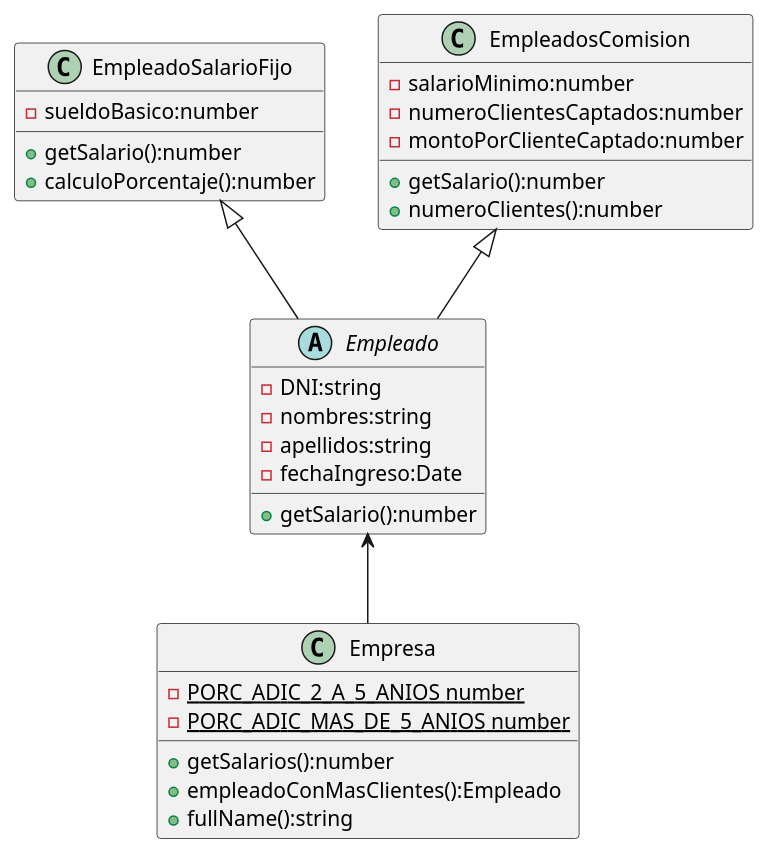
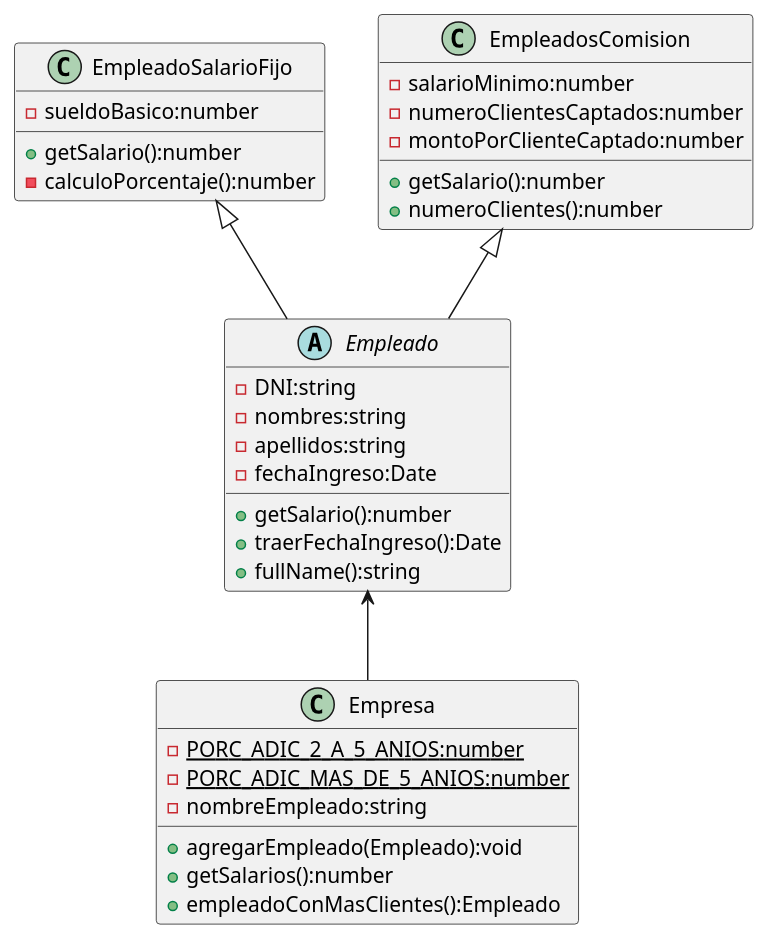
The diagram in PolimorfismoUML/Empleados.puml (wilmansirit/UMLs), drawn with PlantUML before and after one commit. The commit also changed 1 other file, not shown here.

Commit message:
Fin del ejercicio de Polimorfismo con la actualiacion del diagrama UML

```diff
--- a/PolimorfismoUML/Empleados.puml
+++ b/PolimorfismoUML/Empleados.puml
@@ -1,47 +1,46 @@
 @startuml "Empleados"
 
 class Empresa {
-    {static} - PORC_ADIC_2_A_5_ANIOS number
-    {static} - PORC_ADIC_MAS_DE_5_ANIOS number
-    
+    {static} - PORC_ADIC_2_A_5_ANIOS:number
+    {static} - PORC_ADIC_MAS_DE_5_ANIOS:number
+    - nombreEmpleado:string
 
+    + agregarEmpleado(Empleado):void
     + getSalarios():number
     + empleadoConMasClientes():Empleado
-    + fullName():string
 
 }
 
 abstract class Empleado {
     - DNI:string 
     - nombres:string
     - apellidos:string
     - fechaIngreso:Date 
 
     + getSalario():number
-
-
+    + traerFechaIngreso():Date
+    + fullName():string
 }
 
 class EmpleadoSalarioFijo {
     - sueldoBasico:number
 
     + getSalario():number
-    + calculoPorcentaje():number
+    - calculoPorcentaje():number
     
 }
 
 class EmpleadosComision {
     - salarioMinimo:number
     - numeroClientesCaptados:number
     - montoPorClienteCaptado:number
 
     + getSalario():number
     + numeroClientes():number
 }
 
 Empleado <-- Empresa
 EmpleadoSalarioFijo <|-- Empleado
 EmpleadosComision <|-- Empleado
 
-
 @enduml
```
